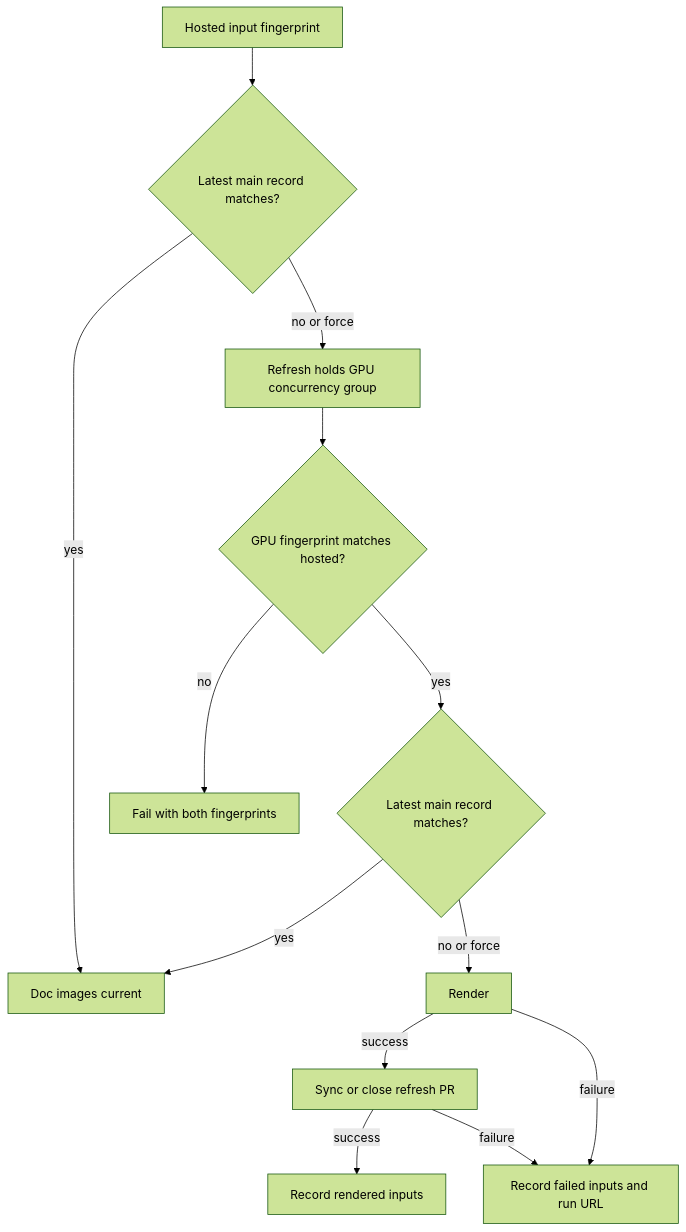
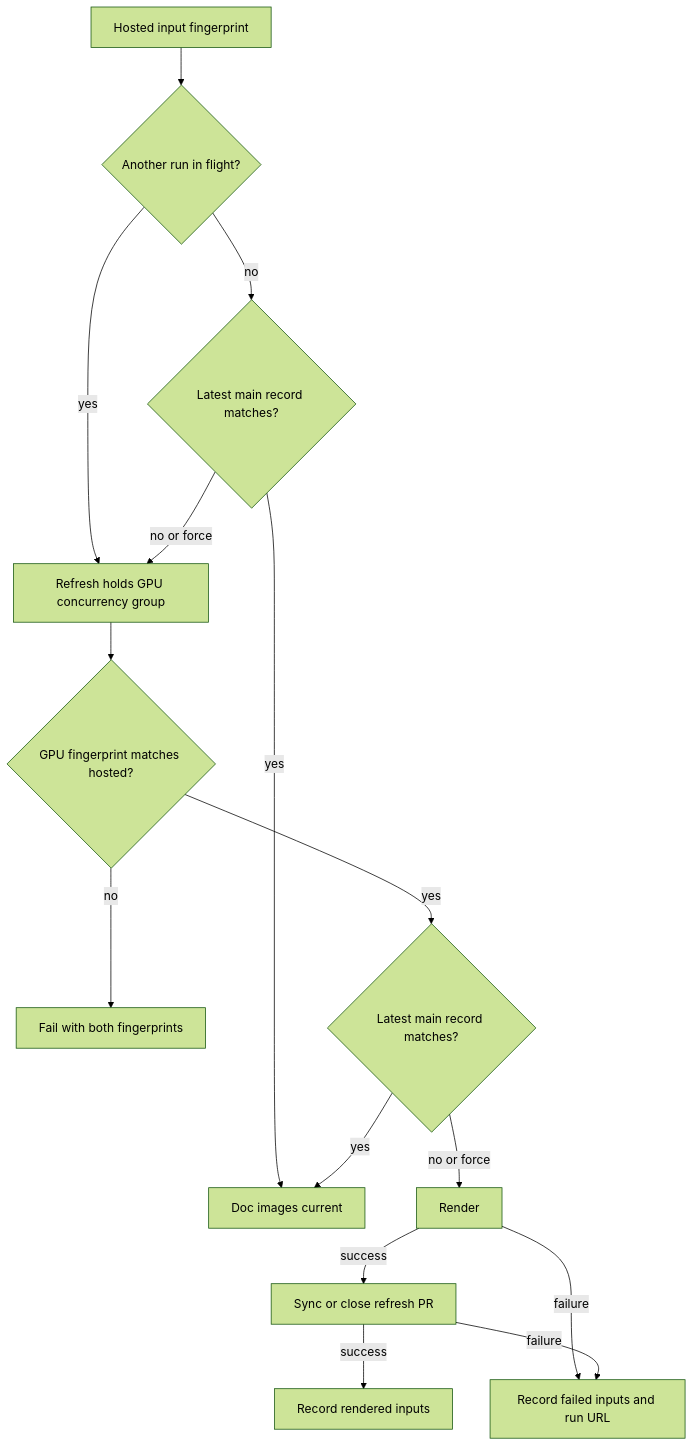
One commit to jose-villegas/autana changed the first of 3 diagrams in docs/tools/Render-Harness.md. Above: the diagram before and after it, drawn with Mermaid (forest theme). The commit also changed other lines of this file and 14 other files, not shown here.

Commit message:
ci: fix GPU input records and hosted refresh decisions

````diff
--- a/docs/tools/Render-Harness.md
+++ b/docs/tools/Render-Harness.md
@@ -161,15 +163,17 @@
 ```mermaid
 flowchart TD
-    Fingerprint["Hosted input fingerprint"] --> Latest{"Latest main record matches?"}
+    Fingerprint["Hosted input fingerprint"] --> Flight{"Another run in flight?"}
+    Flight -->|yes| Refresh
+    Flight -->|no| Latest{"Latest main record matches?"}
     Latest -->|yes| Skip["Doc images current"]
     Latest -->|no or force| Refresh["Refresh holds GPU concurrency group"]
     Refresh --> Check{"GPU fingerprint matches hosted?"}
     Check -->|no| Error["Fail with both fingerprints"]
     Check -->|yes| Again{"Latest main record matches?"}
     Again -->|yes| Skip
     Again -->|no or force| Render["Render"]
     Render -->|success| Publish["Sync or close refresh PR"]
     Publish -->|success| Recorded["Record rendered inputs"]
     Render -->|failure| Failed["Record failed inputs and run URL"]
     Publish -->|failure| Failed
 ```
````
